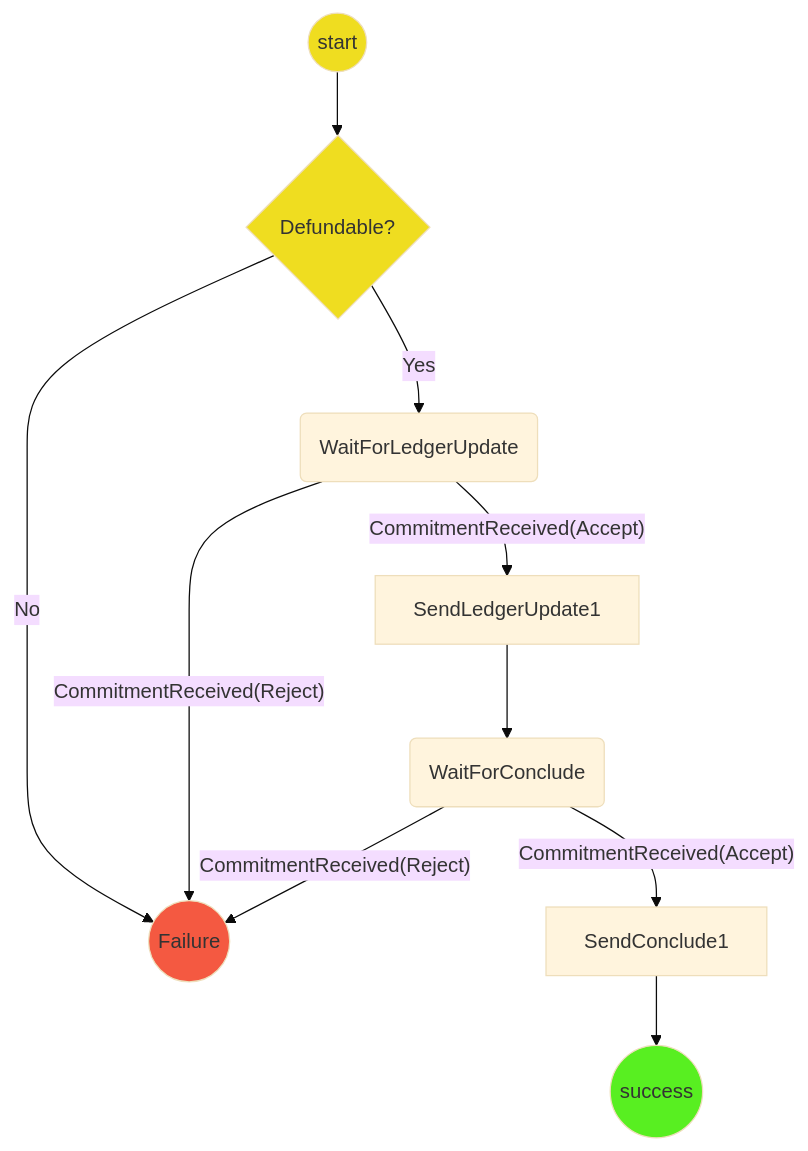
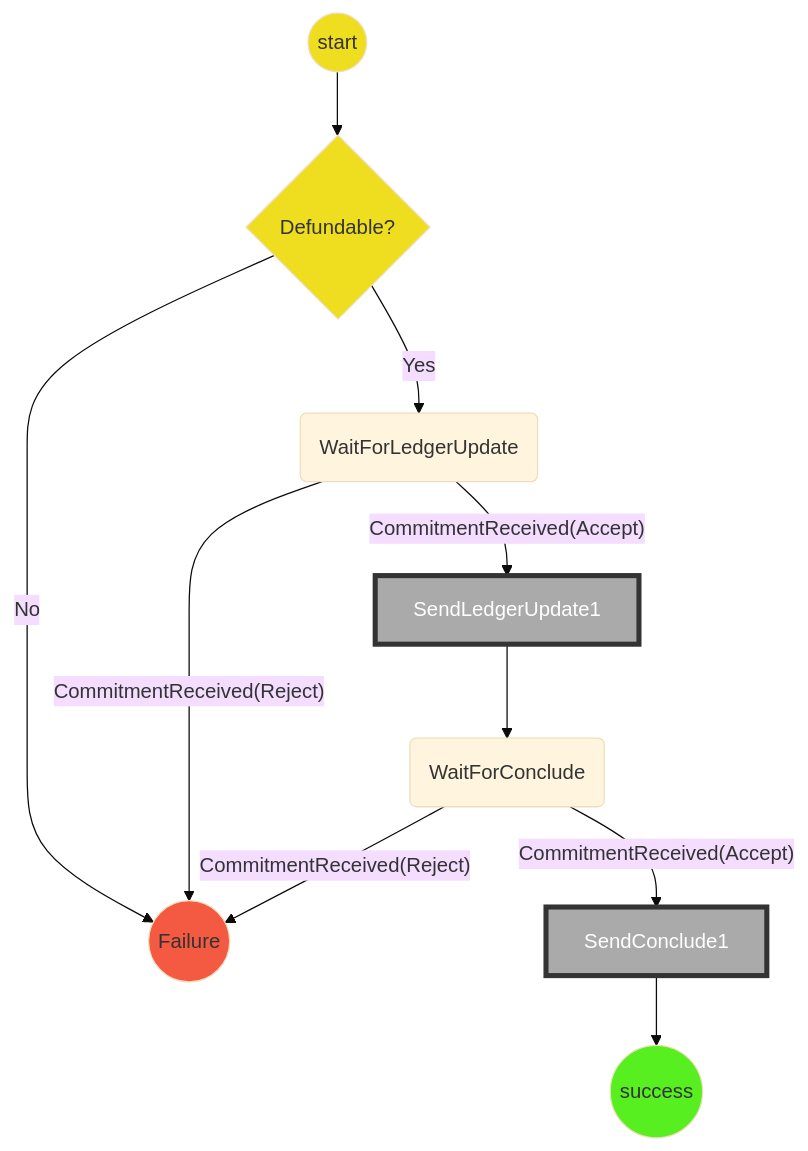
Before and after one commit to statechannels/statechannels: the second of 2 diagrams in packages/rps/packages/wallet/src/redux/protocols/indirect-defunding/readme.md, drawn with Mermaid (base theme). The commit also changed other lines of this file and 158 other files, not shown here.

````diff
--- a/packages/rps/packages/wallet/src/redux/protocols/indirect-defunding/readme.md
+++ b/packages/rps/packages/wallet/src/redux/protocols/indirect-defunding/readme.md
@@ -39,19 +43,23 @@
 ```mermaid
 graph TD
 linkStyle default interpolate basis
   St((start))-->DF{Defundable?}
   DF --> |No| F((Failure))
   DF --> |Yes| WFU(WaitForLedgerUpdate)
   WFU-->|"CommitmentReceived(Accept)"|SC1[SendLedgerUpdate1]
   WFU --> |"CommitmentReceived(Reject)"| F
   SC1-->WFC(WaitForConclude)
   WFC --> |"CommitmentReceived(Accept)"|SCo1[SendConclude1]
   SCo1-->Su((success))
   WFC --> |"CommitmentReceived(Reject)"| F
 
-  style St  fill:#efdd20
-  style DF  fill:#efdd20
-  style Su fill:#58ef21
-  style F  fill:#f45941
+  classDef logic fill:#efdd20;
+  classDef Success fill:#58ef21;
+  classDef Failure fill:#f45941;
+  classDef NotAState stroke:#333,stroke-width:4px,color:#ffff,fill:#aaaaaa;
+  class St,DF logic;
+  class Su Success;
+  class F Failure;
+  class SC1,SCo1 NotAState
 
 ```
````
